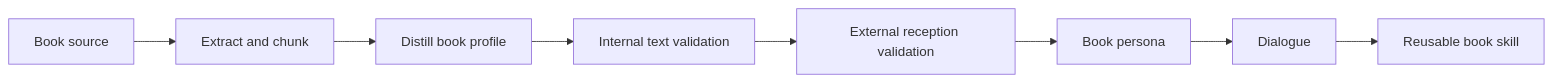
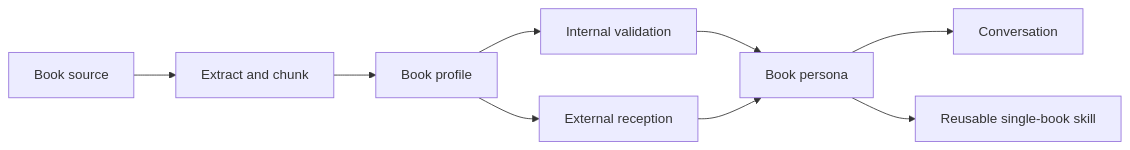
The diagram in README.md (BlackFast/bolan), drawn with Mermaid before and after one commit. The commit also changed other lines of this file, not shown here.

First line of the commit message:
Redesign Bolan Skill README

````diff
--- a/README.md
+++ b/README.md
@@ -123,10 +232,11 @@
 ```mermaid
 flowchart LR
   A[Book source] --> B[Extract and chunk]
-  B --> C[Distill book profile]
-  C --> D[Internal text validation]
-  D --> E[External reception validation]
-  E --> F[Book persona]
-  F --> G[Dialogue]
-  G --> H[Reusable book skill]
+  B --> C[Book profile]
+  C --> D[Internal validation]
+  C --> E[External reception]
+  D --> F[Book persona]
+  E --> F
+  F --> G[Conversation]
+  F --> H[Reusable single-book skill]
 ```
````
